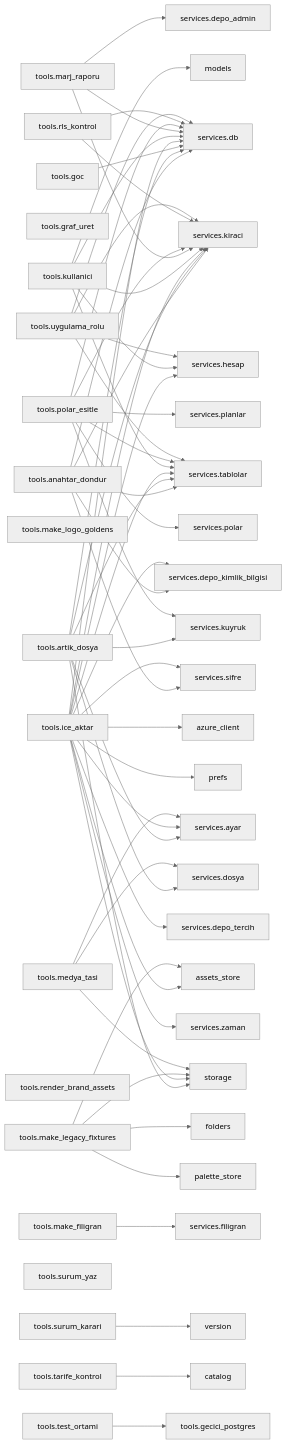
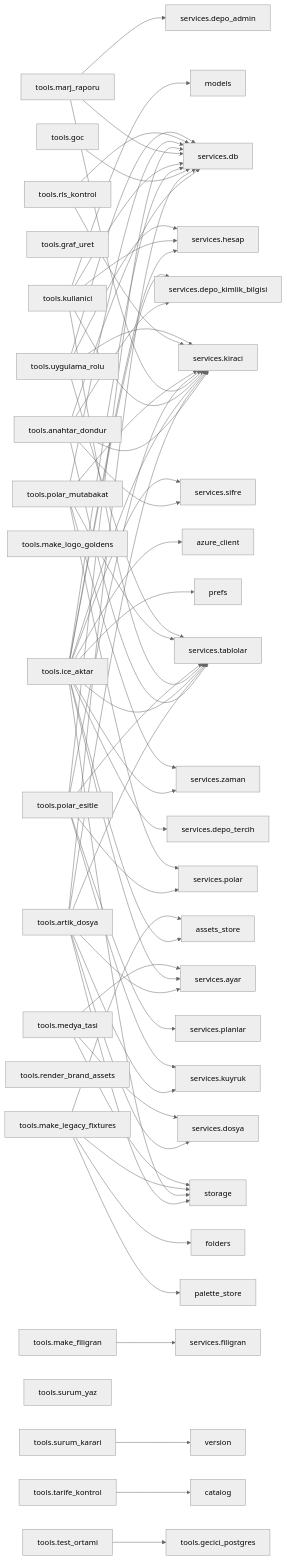
One commit to Zenginby/kromis changed the second of 2 diagrams in docs/graflar/moduller.md. Above: the diagram before and after it, drawn with Mermaid (neutral theme). The commit also changed other lines of this file and 27 other files, not shown here.

First line of the commit message:
Faz 4 / 7: operasyon — polar_mutabakat.py, gelir tablosu, odeme_olaylari saklaması, KURULUM 11, Faz 4 kapanışı

```diff
--- a/docs/graflar/moduller.md
+++ b/docs/graflar/moduller.md
@@ -839,6 +839,12 @@
   n_tools_polar_esitle --> n_services_planlar["services.planlar"]
   n_tools_polar_esitle --> n_services_polar["services.polar"]
   n_tools_polar_esitle --> n_services_tablolar["services.tablolar"]
+  n_tools_polar_mutabakat["tools.polar_mutabakat"]
+  n_tools_polar_mutabakat --> n_services_db["services.db"]
+  n_tools_polar_mutabakat --> n_services_kiraci["services.kiraci"]
+  n_tools_polar_mutabakat --> n_services_polar["services.polar"]
+  n_tools_polar_mutabakat --> n_services_tablolar["services.tablolar"]
+  n_tools_polar_mutabakat --> n_services_zaman["services.zaman"]
   n_tools_render_brand_assets["tools.render_brand_assets"]
   n_tools_rls_kontrol["tools.rls_kontrol"]
   n_tools_rls_kontrol --> n_services_db["services.db"]
```
